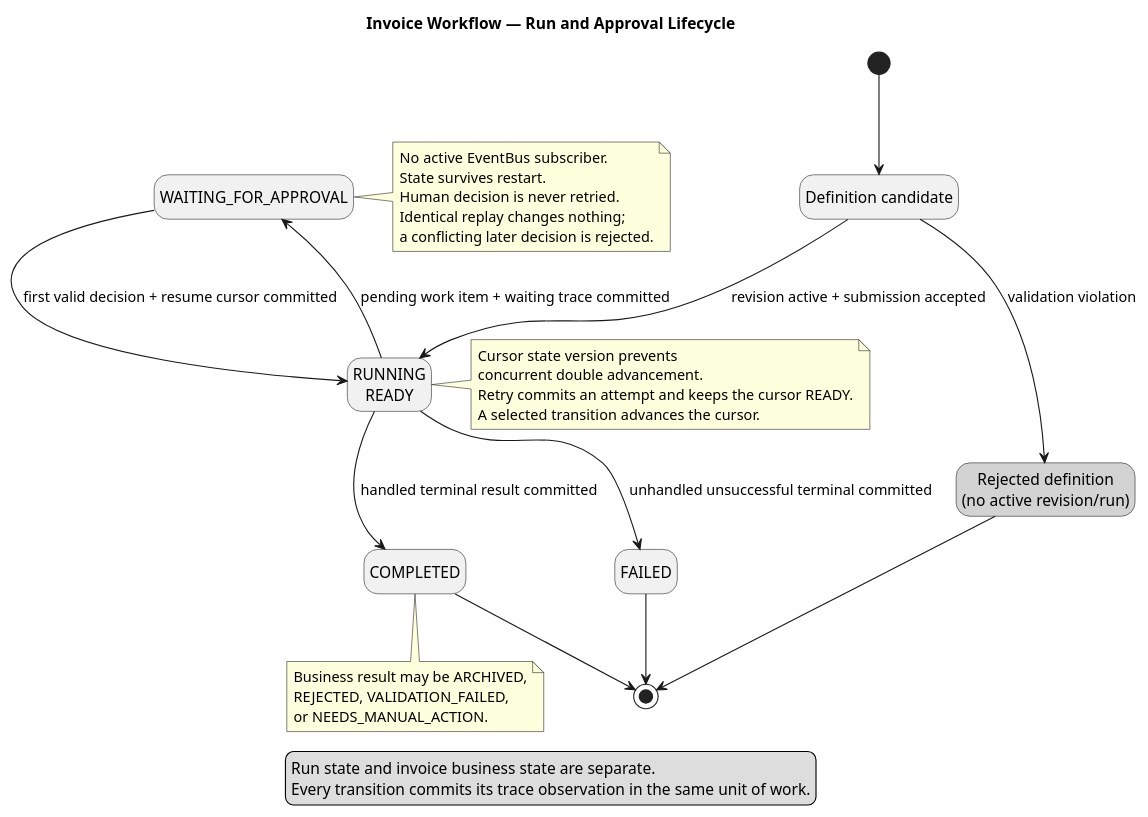
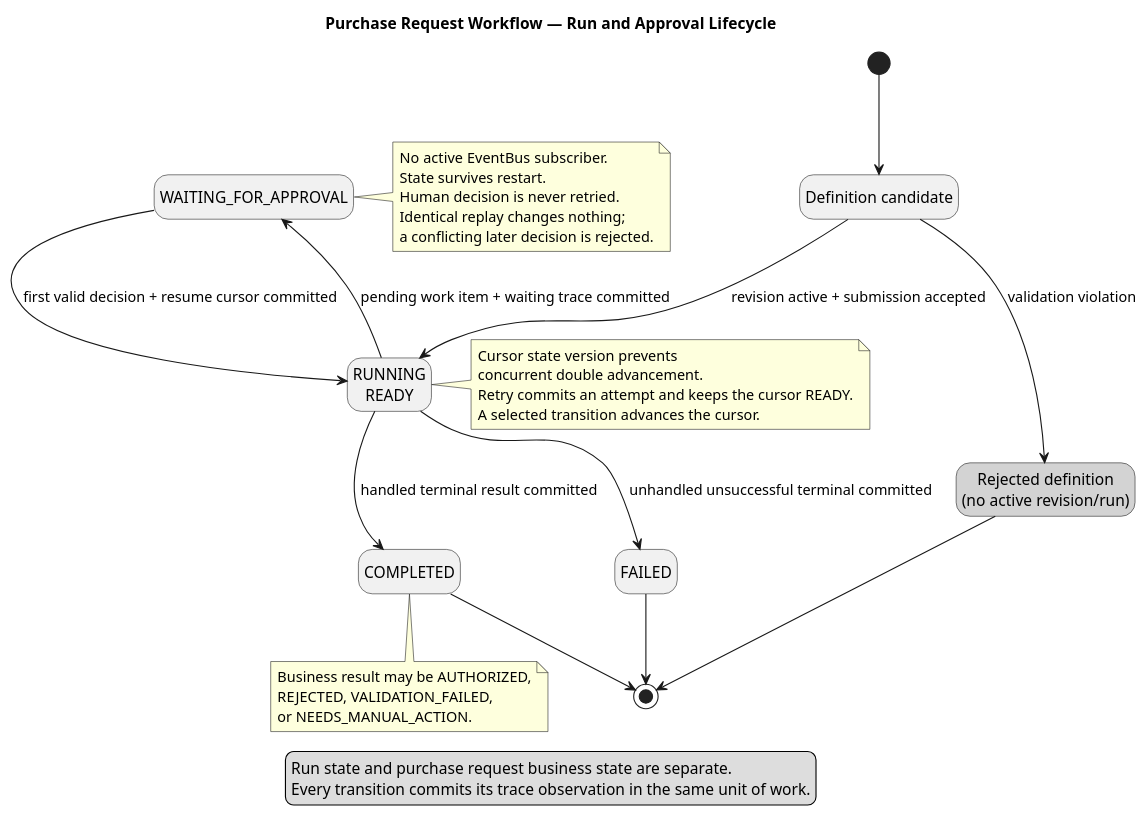
Before and after one commit to MAES1102/WMS: the diagram in docs/architecture/uml/run-state.puml, drawn with PlantUML. The commit also changed 117 other files, not shown here.

Commit message:
feat: finalize purchase request workflow management system

```diff
--- a/docs/architecture/uml/run-state.puml
+++ b/docs/architecture/uml/run-state.puml
@@ -1,51 +1,51 @@
 @startuml
-title Invoice Workflow — Run and Approval Lifecycle
+title Purchase Request Workflow — Run and Approval Lifecycle
 hide empty description
 skinparam shadowing false
 
 state "Definition candidate" as Candidate
 state "Rejected definition\n(no active revision/run)" as Rejected #LightGray
 state "RUNNING\nREADY" as Ready
 state "WAITING_FOR_APPROVAL" as Waiting
 state "COMPLETED" as Completed
 state "FAILED" as Failed
 
 [*] --> Candidate
 Candidate --> Rejected : validation violation
 Rejected --> [*]
 Candidate --> Ready : revision active + submission accepted
 
 Ready --> Waiting : pending work item + waiting trace committed
 Waiting --> Ready : first valid decision + resume cursor committed
 Ready --> Completed : handled terminal result committed
 Ready --> Failed : unhandled unsuccessful terminal committed
 
 Completed --> [*]
 Failed --> [*]
 
 note right of Waiting
 No active EventBus subscriber.
 State survives restart.
 Human decision is never retried.
 Identical replay changes nothing;
 a conflicting later decision is rejected.
 end note
 
 note right of Ready
 Cursor state version prevents
 concurrent double advancement.
 Retry commits an attempt and keeps the cursor READY.
 A selected transition advances the cursor.
 end note
 
 note bottom of Completed
-Business result may be ARCHIVED,
+Business result may be AUTHORIZED,
 REJECTED, VALIDATION_FAILED,
 or NEEDS_MANUAL_ACTION.
 end note
 
 legend
-Run state and invoice business state are separate.
+Run state and purchase request business state are separate.
 Every transition commits its trace observation in the same unit of work.
 endlegend
 @enduml
```
